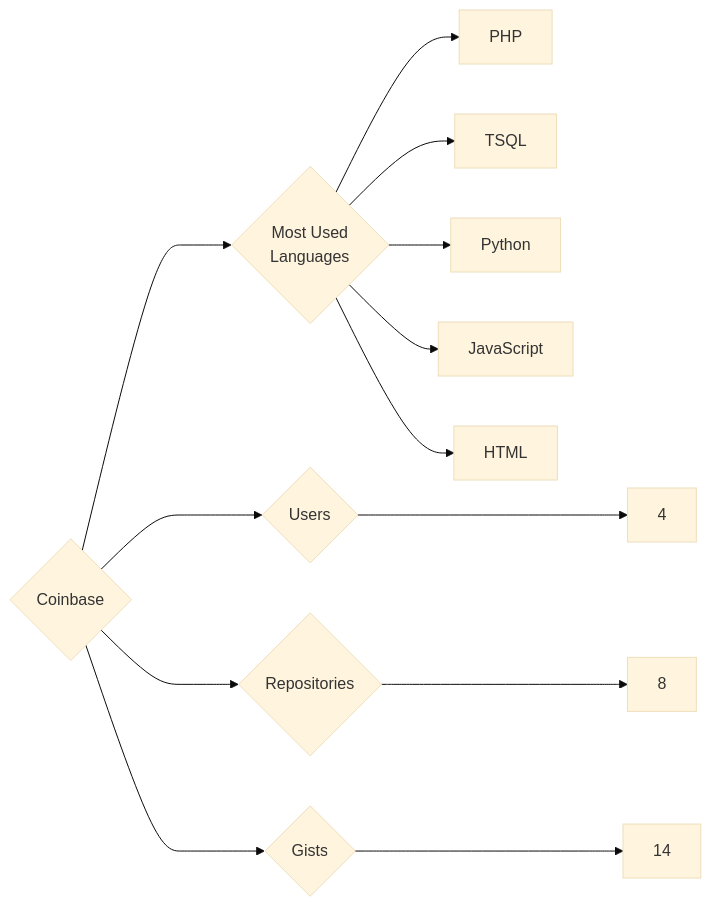
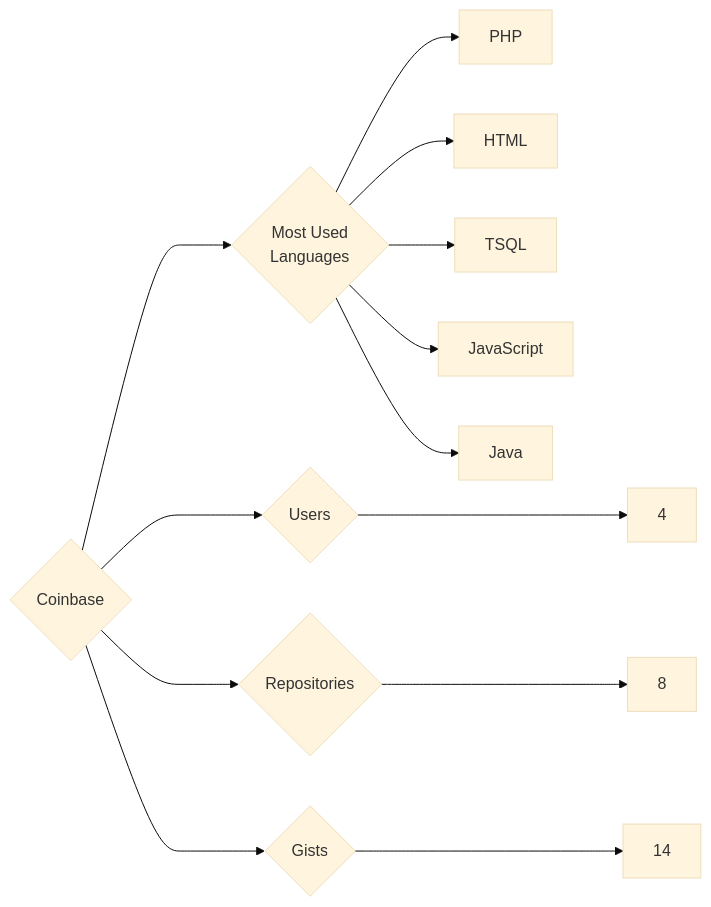
The diagram in targets/Coinbase/README.md (trickest/insiders), drawn with Mermaid (base theme) before and after one commit. The commit also changed 938 other files, not shown here.

````diff
--- a/targets/Coinbase/README.md
+++ b/targets/Coinbase/README.md
@@ -3,13 +3,13 @@
 ```mermaid
 graph LR
 COMPANY_NAME{Coinbase}
 COMPANY_NAME ---> U{Users} ---> UN[4]
 COMPANY_NAME ---> R{Repositories} ---> RN[8]
 COMPANY_NAME ---> G{Gists} ---> GN[14]
 COMPANY_NAME ---> ML{Most Used<br>Languages}
 ML --> PHP[PHP]
+ML --> HTML[HTML]
 ML --> TSQL[TSQL]
-ML --> Python[Python]
 ML --> JavaScript[JavaScript]
-ML --> HTML[HTML]
+ML --> Java[Java]
 ```
````
